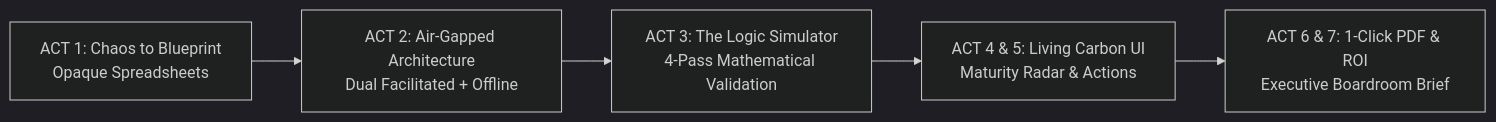
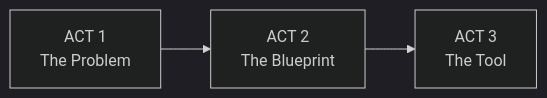
The diagram in case-study-mgrat.md (kyle-tran-quang/mas-case-study), drawn with Mermaid (dark theme) before and after one commit. The commit also changed other lines of this file, not shown here.

````diff
--- a/case-study-mgrat.md
+++ b/case-study-mgrat.md
@@ -16,7 +23,5 @@
 ```mermaid
 flowchart LR
-    A[ACT 1: Chaos to Blueprint<br/>Opaque Spreadsheets] --> B[ACT 2: Air-Gapped Architecture<br/>Dual Facilitated + Offline]
-    B --> C[ACT 3: The Logic Simulator<br/>4-Pass Mathematical Validation]
-    C --> D[ACT 4 & 5: Living Carbon UI<br/>Maturity Radar & Actions]
-    D --> E[ACT 6 & 7: 1-Click PDF & ROI<br/>Executive Boardroom Brief]
+    A["ACT 1<br/>The Problem"] --> B["ACT 2<br/>The Blueprint"]
+    B --> C["ACT 3<br/>The Tool"]
 ```
````
